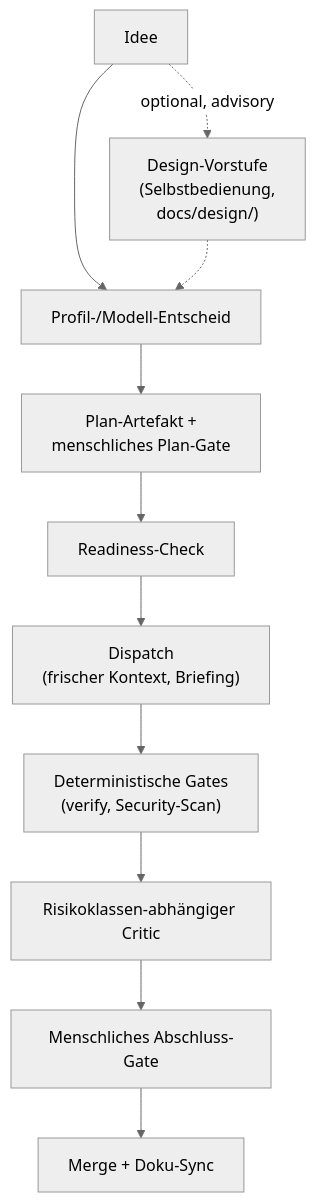
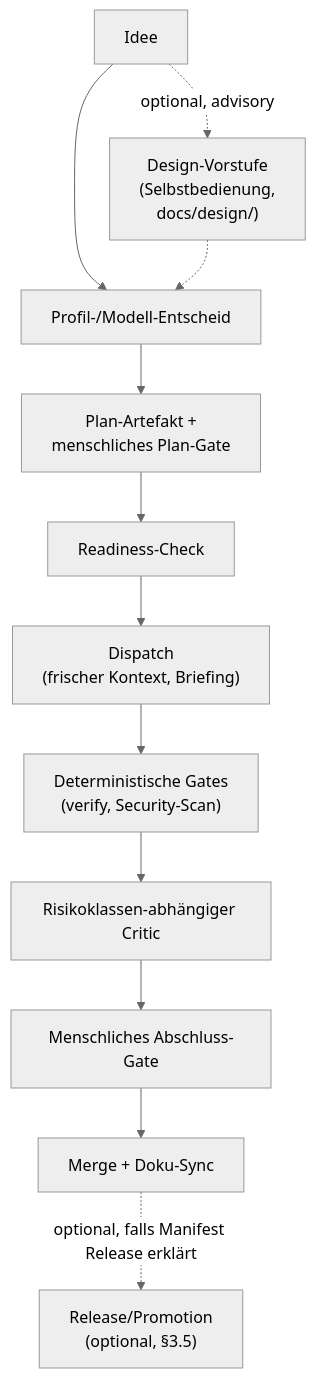
One commit to agent-pipe-shared/agent-pipeline changed the fourth of 4 diagrams in README.md. Above: the diagram before and after it, drawn with Mermaid (neutral theme). The commit also changed other lines of this file and 4 other files, not shown here.

First line of the commit message:
docs: mention the optional Release/Promotion phase across reachability surfaces

````diff
--- a/README.md
+++ b/README.md
@@ -321,13 +326,14 @@
 ```mermaid
 flowchart TD
     ID["Idee"] --> P
     ID -.->|"optional, advisory"| DS["Design-Vorstufe<br/>(Selbstbedienung,<br/>docs/design/)"]
     DS -.-> P
     P["Profil-/Modell-Entscheid"] --> PL["Plan-Artefakt +<br/>menschliches Plan-Gate"]
     PL --> R["Readiness-Check"]
     R --> D["Dispatch<br/>(frischer Kontext, Briefing)"]
     D --> G["Deterministische Gates<br/>(verify, Security-Scan)"]
     G --> C["Risikoklassen-abhängiger Critic"]
     C --> H["Menschliches Abschluss-Gate"]
     H --> M["Merge + Doku-Sync"]
+    M -.->|"optional, falls Manifest Release erklärt"| REL["Release/Promotion<br/>(optional, §3.5)"]
 ```
````
